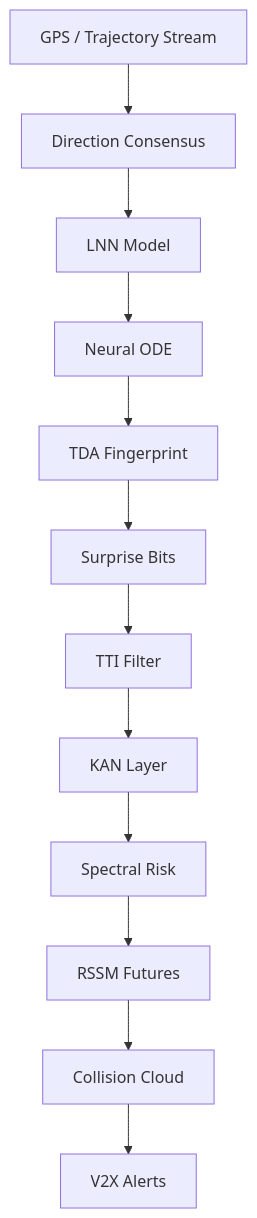
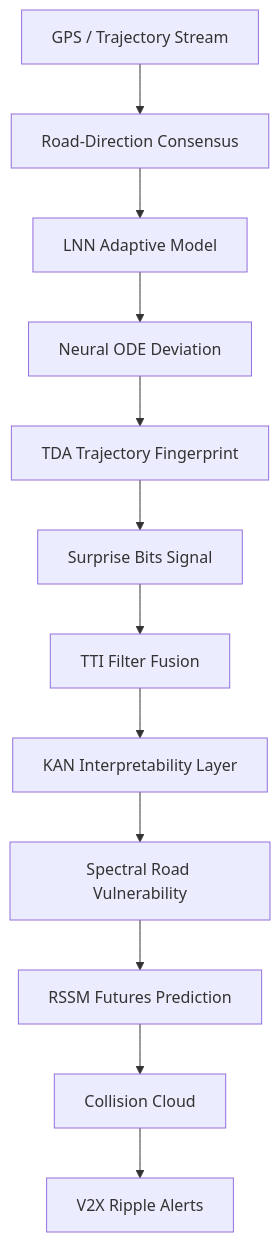
Before and after one commit to nehashetty3/road-sense: the diagram in README.md, drawn with Mermaid. The commit also changed other lines of this file, not shown here.

````diff
--- a/README.md
+++ b/README.md
@@ -35,17 +47,17 @@
 ```mermaid
 flowchart TD
     A[GPS / Trajectory Stream]
-    B[Direction Consensus]
-    C[LNN Model]
-    D[Neural ODE]
-    E[TDA Fingerprint]
-    F[Surprise Bits]
-    G[TTI Filter]
-    H[KAN Layer]
-    I[Spectral Risk]
-    J[RSSM Futures]
+    B[Road-Direction Consensus]
+    C[LNN Adaptive Model]
+    D[Neural ODE Deviation]
+    E[TDA Trajectory Fingerprint]
+    F[Surprise Bits Signal]
+    G[TTI Filter Fusion]
+    H[KAN Interpretability Layer]
+    I[Spectral Road Vulnerability]
+    J[RSSM Futures Prediction]
     K[Collision Cloud]
-    L[V2X Alerts]
+    L[V2X Ripple Alerts]
 
     A --> B --> C --> D --> E --> F --> G --> H --> I --> J --> K --> L
 ```
````
